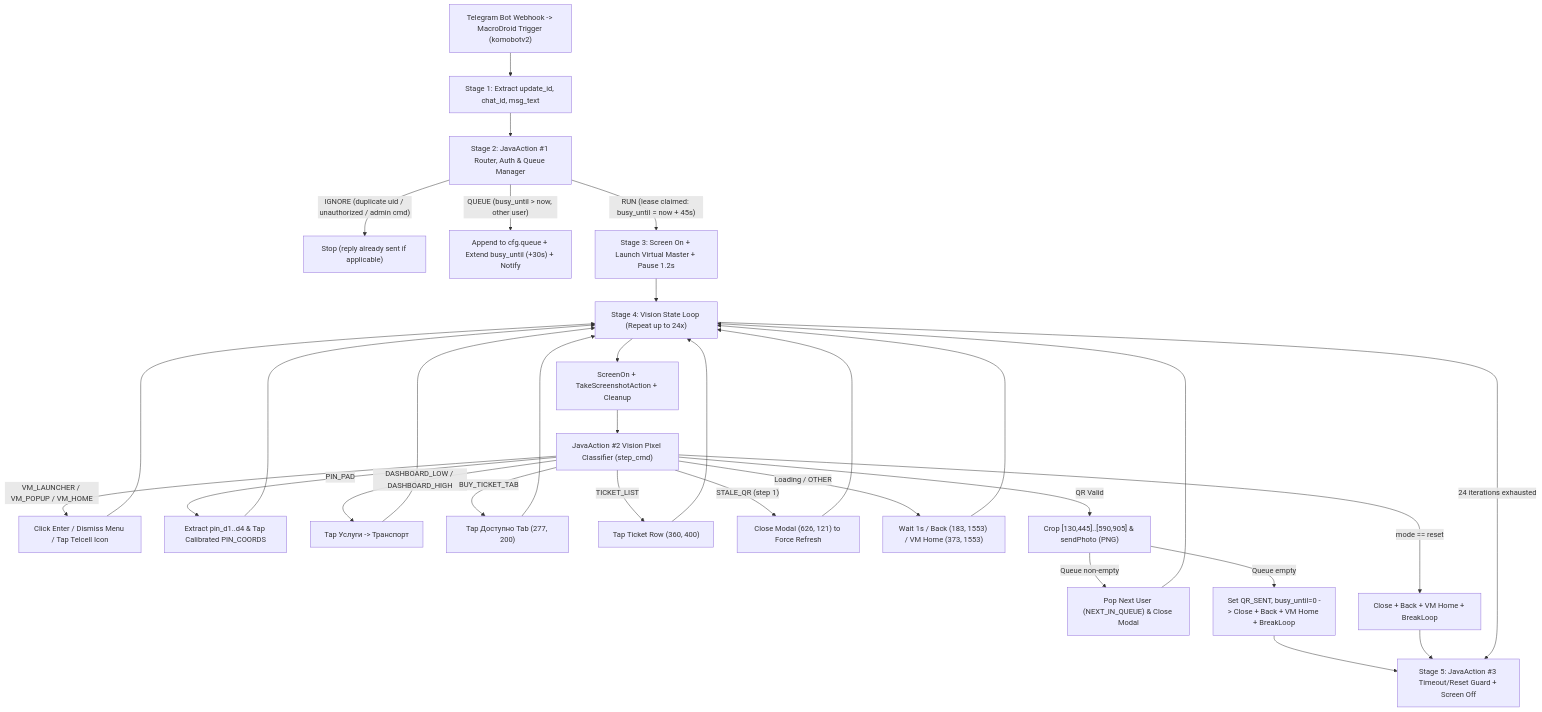
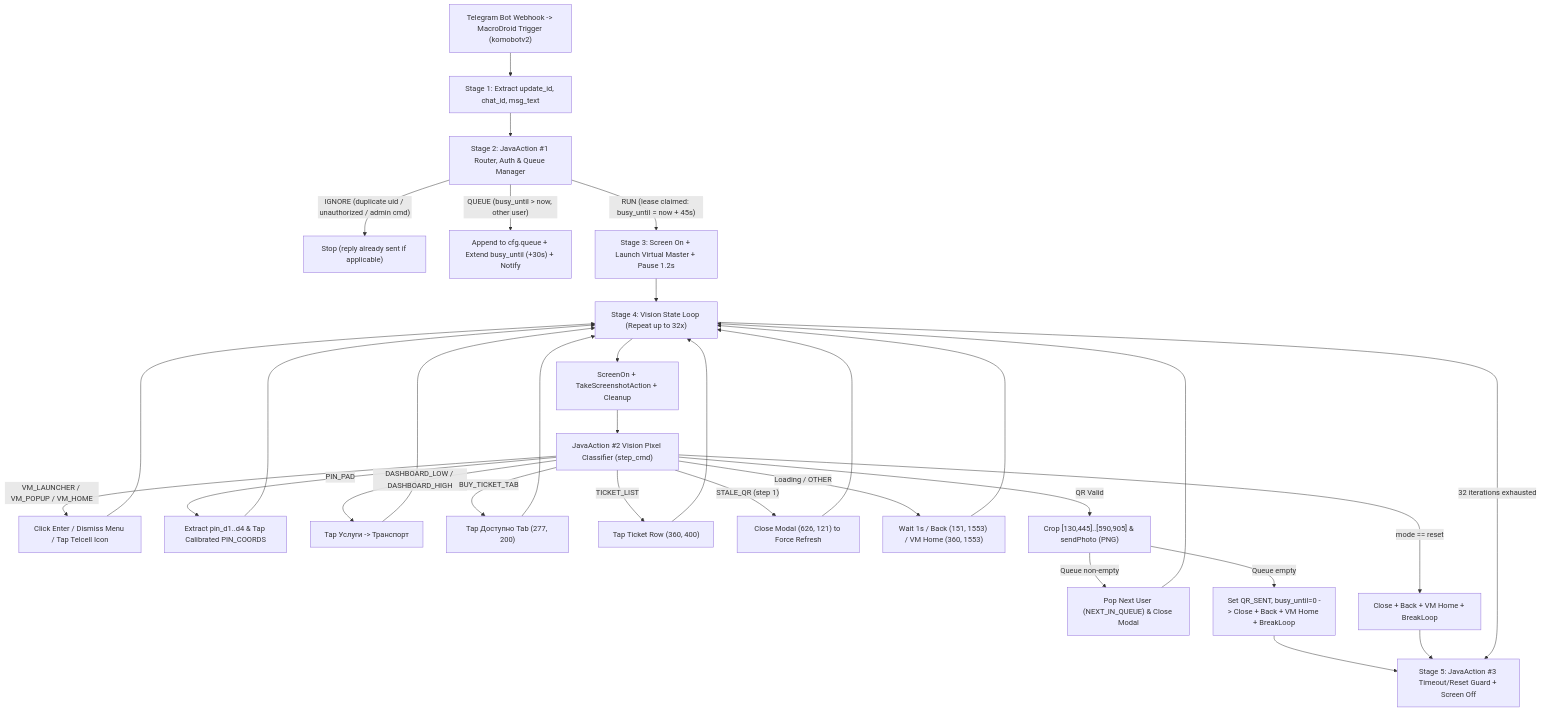
The diagram in README.md (kamosevoyan/komobot), drawn with Mermaid before and after one commit. The commit also changed other lines of this file and 8 other files, not shown here.

````diff
--- a/README.md
+++ b/README.md
@@ -24,42 +24,42 @@
 ```mermaid
 flowchart TD
     TG["Telegram Bot Webhook -> MacroDroid Trigger (komobotv2)"] --> S1
     S1["Stage 1: Extract update_id, chat_id, msg_text"] --> S2
     S2["Stage 2: JavaAction #1 Router, Auth & Queue Manager"]
 
     S2 -->|"IGNORE (duplicate uid / unauthorized / admin cmd)"| END1["Stop (reply already sent if applicable)"]
     S2 -->|"QUEUE (busy_until > now, other user)"| END2["Append to cfg.queue + Extend busy_until (+30s) + Notify"]
     S2 -->|"RUN (lease claimed: busy_until = now + 45s)"| S3
 
     S3["Stage 3: Screen On + Launch Virtual Master + Pause 1.2s"] --> S4
-    S4["Stage 4: Vision State Loop (Repeat up to 24x)"]
+    S4["Stage 4: Vision State Loop (Repeat up to 32x)"]
 
     S4 --> CAP["ScreenOn + TakeScreenshotAction + Cleanup"]
     CAP --> VA["JavaAction #2 Vision Pixel Classifier (step_cmd)"]
 
     VA -->|"VM_LAUNCHER / VM_POPUP / VM_HOME"| ACT1["Click Enter / Dismiss Menu / Tap Telcell Icon"]
     VA -->|"PIN_PAD"| PIN["Extract pin_d1..d4 & Tap Calibrated PIN_COORDS"]
     VA -->|"DASHBOARD_LOW / DASHBOARD_HIGH"| TR["Tap Услуги -> Транспорт"]
     VA -->|"BUY_TICKET_TAB"| TAB["Tap Доступно Tab (277, 200)"]
     VA -->|"TICKET_LIST"| ROW["Tap Ticket Row (360, 400)"]
     VA -->|"STALE_QR (step 1)"| CLOSE["Close Modal (626, 121) to Force Refresh"]
-    VA -->|"Loading / OTHER"| REC["Wait 1s / Back (183, 1553) / VM Home (373, 1553)"]
+    VA -->|"Loading / OTHER"| REC["Wait 1s / Back (151, 1553) / VM Home (360, 1553)"]
 
     ACT1 --> S4
     PIN --> S4
     TR --> S4
     TAB --> S4
     ROW --> S4
     CLOSE --> S4
     REC --> S4
 
     VA -->|"QR Valid"| CROP["Crop [130,445]..[590,905] & sendPhoto (PNG)"]
     CROP -->|"Queue non-empty"| POP["Pop Next User (NEXT_IN_QUEUE) & Close Modal"]
     POP --> S4
     CROP -->|"Queue empty"| DONE["Set QR_SENT, busy_until=0 -> Close + Back + VM Home + BreakLoop"]
     VA -->|"mode == reset"| RST["Close + Back + VM Home + BreakLoop"]
 
     DONE --> S5["Stage 5: JavaAction #3 Timeout/Reset Guard + Screen Off"]
     RST --> S5
-    S4 -->|"24 iterations exhausted"| S5
+    S4 -->|"32 iterations exhausted"| S5
 ```
````
